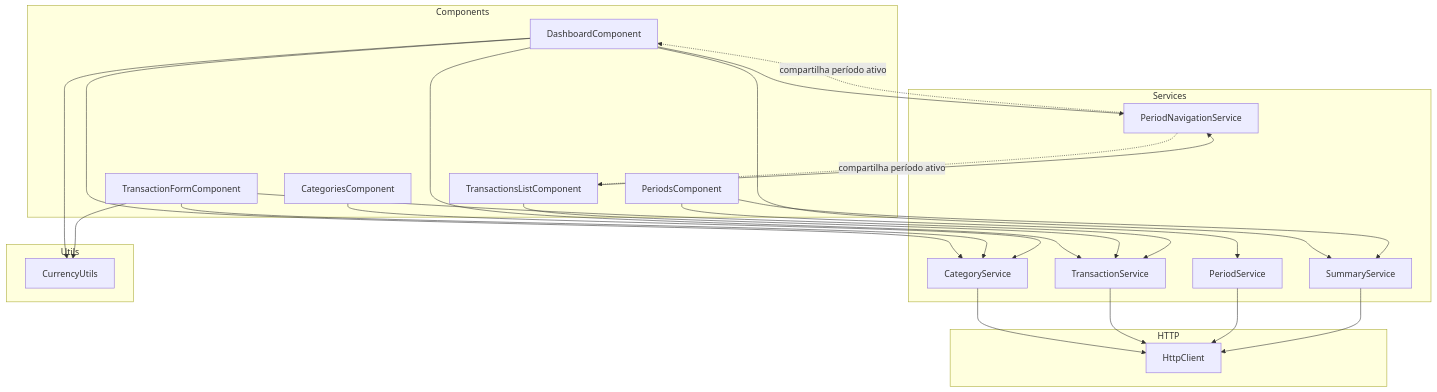
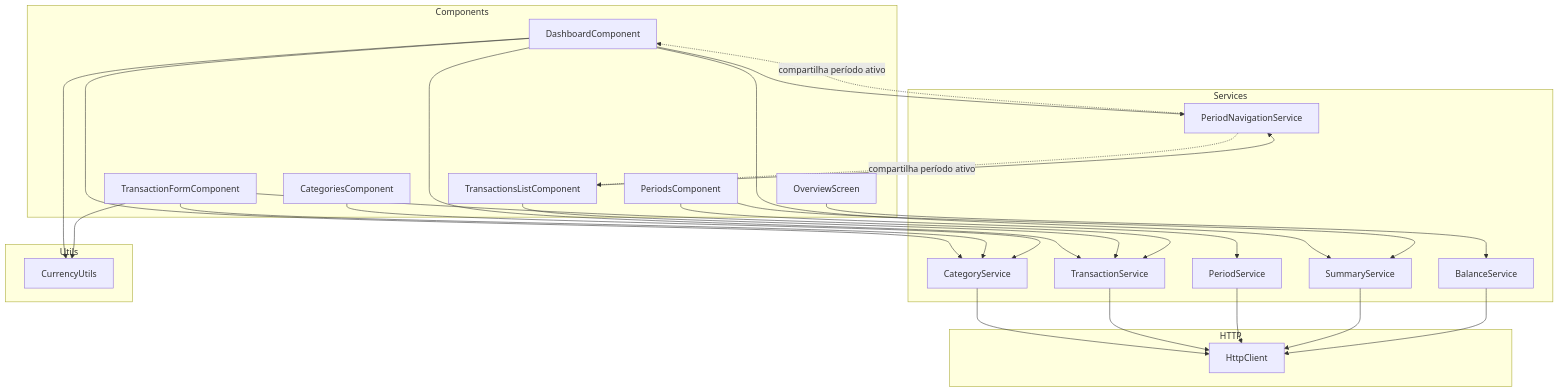
The first of 3 diagrams in docs/frontend-architecture-angular.md (Chamoouske/finance-tracker), drawn with Mermaid before and after one commit. The commit also changed other lines of this file and 20 other files, not shown here.

````diff
--- a/docs/frontend-architecture-angular.md
+++ b/docs/frontend-architecture-angular.md
@@ -396,50 +424,54 @@
 ```mermaid
 flowchart TD
     subgraph Components
         DC[DashboardComponent]
         TLC[TransactionsListComponent]
         TFC[TransactionFormComponent]
         CC[CategoriesComponent]
         PC[PeriodsComponent]
+        OS[OverviewScreen]
     end
 
     subgraph Services
         CS[CategoryService]
         TS[TransactionService]
         PS[PeriodService]
         SS[SummaryService]
+        BS[BalanceService]
         PNS[PeriodNavigationService]
     end
 
     subgraph Utils
         CU[CurrencyUtils]
     end
 
     subgraph HTTP
         H[HttpClient]
     end
 
     DC --> CS
     DC --> TS
     DC --> SS
     DC --> CU
     DC --> PNS
 
     TLC --> TS
     TLC --> PNS
     TFC --> TS
     TFC --> CS
     TFC --> CU
 
     CC --> CS
     PC --> PS
     PC --> SS
+    OS --> BS
 
     CS --> H
     TS --> H
     PS --> H
     SS --> H
+    BS --> H
 
     PNS -.-> |compartilha período ativo| DC
     PNS -.-> |compartilha período ativo| TLC
 ```
````
